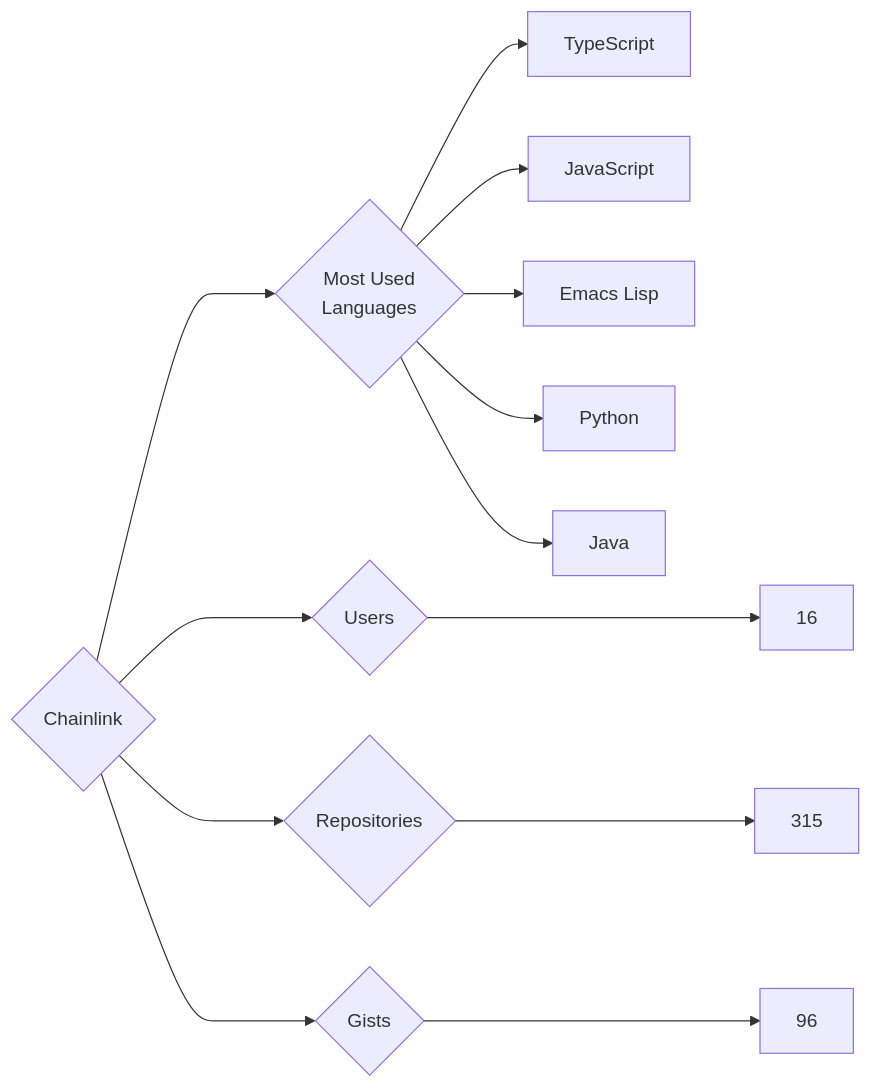
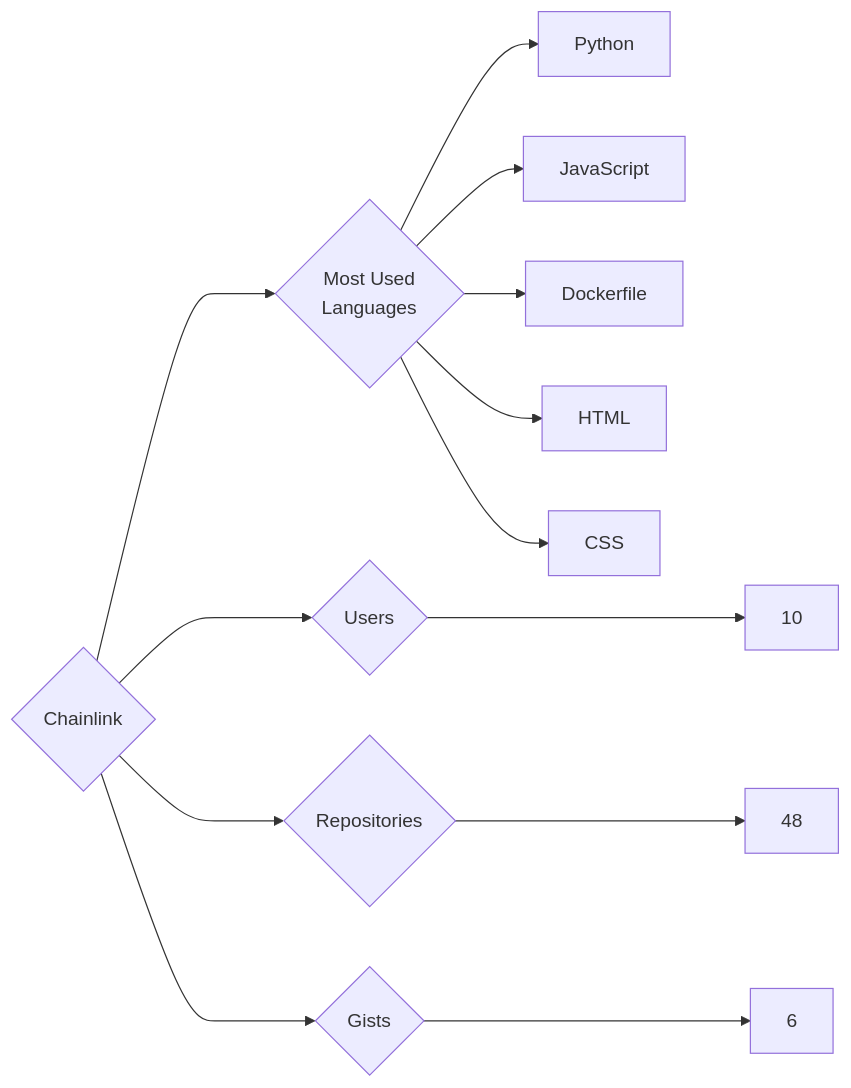
One commit to trickest/insiders changed the diagram in targets/Chainlink/README.md. Above: the diagram before and after it, drawn with Mermaid. The commit also changed 1020 other files, not shown here.

````diff
--- a/targets/Chainlink/README.md
+++ b/targets/Chainlink/README.md
@@ -3,13 +3,13 @@
 ```mermaid
 graph LR
 COMPANY_NAME{Chainlink}
-COMPANY_NAME ---> U{Users} ---> UN[16]
-COMPANY_NAME ---> R{Repositories} ---> RN[315]
-COMPANY_NAME ---> G{Gists} ---> GN[96]
+COMPANY_NAME ---> U{Users} ---> UN[10]
+COMPANY_NAME ---> R{Repositories} ---> RN[48]
+COMPANY_NAME ---> G{Gists} ---> GN[6]
 COMPANY_NAME ---> ML{Most Used<br>Languages}
-ML --> TypeScript[TypeScript]
+ML --> Python[Python]
 ML --> JavaScript[JavaScript]
-ML --> Emacs_Lisp[Emacs Lisp]
-ML --> Python[Python]
-ML --> Java[Java]
+ML --> Dockerfile[Dockerfile]
+ML --> HTML[HTML]
+ML --> CSS[CSS]
 ```
````
